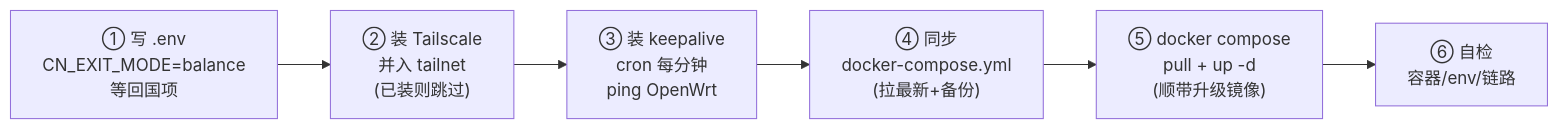
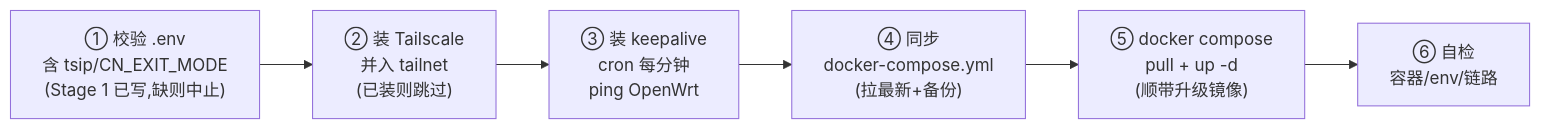
The second of 3 diagrams in sources/vps/README.md (currycan/sb-xray), drawn with Mermaid before and after one commit. The commit also changed other lines of this file and 5 other files, not shown here.

First line of the commit message:
feat(vps): Stage 1 重构 + .env 单一所有者 + SSH/tcp-brutal 加固 + Stage2 自动拉取 (#68)

````diff
--- a/sources/vps/README.md
+++ b/sources/vps/README.md
@@ -7,4 +63,4 @@
 ```mermaid
 flowchart LR
-    A["① 写 .env<br/>CN_EXIT_MODE=balance<br/>等回国项"] --> B["② 装 Tailscale<br/>并入 tailnet<br/>(已装则跳过)"] --> C["③ 装 keepalive<br/>cron 每分钟<br/>ping OpenWrt"] --> D["④ 同步<br/>docker-compose.yml<br/>(拉最新+备份)"] --> E["⑤ docker compose<br/>pull + up -d<br/>(顺带升级镜像)"] --> F["⑥ 自检<br/>容器/env/链路"]
+    A["① 校验 .env<br/>含 tsip/CN_EXIT_MODE<br/>(Stage 1 已写,缺则中止)"] --> B["② 装 Tailscale<br/>并入 tailnet<br/>(已装则跳过)"] --> C["③ 装 keepalive<br/>cron 每分钟<br/>ping OpenWrt"] --> D["④ 同步<br/>docker-compose.yml<br/>(拉最新+备份)"] --> E["⑤ docker compose<br/>pull + up -d<br/>(顺带升级镜像)"] --> F["⑥ 自检<br/>容器/env/链路"]
 ```
````
